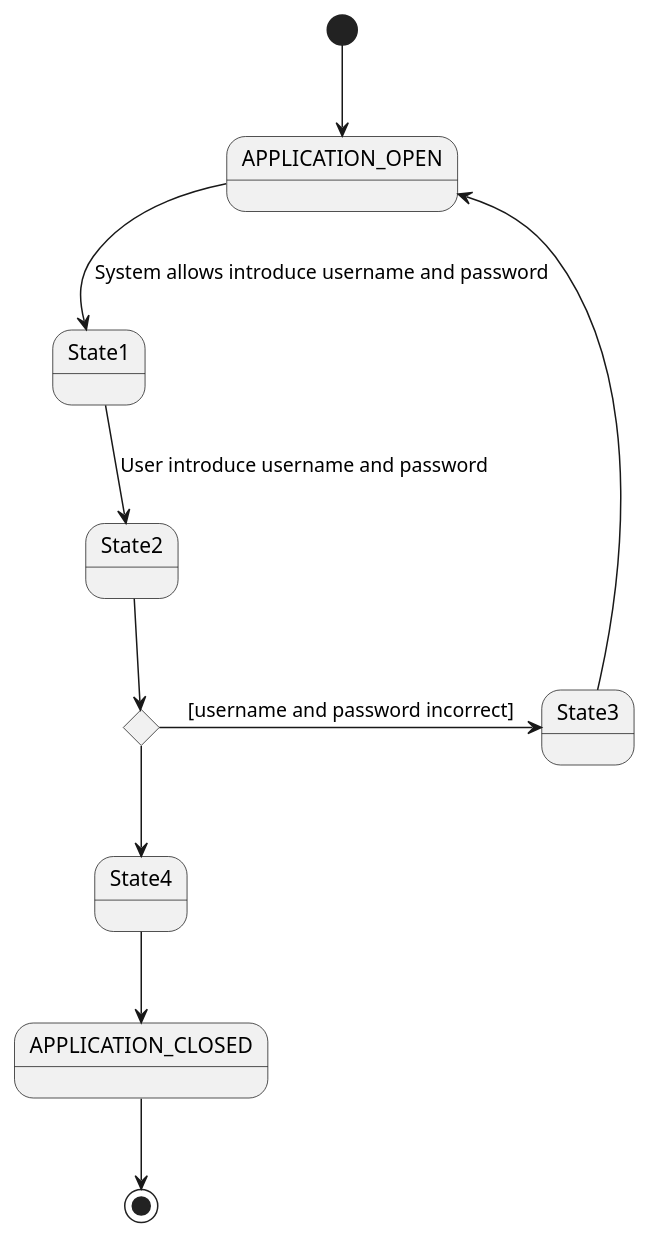
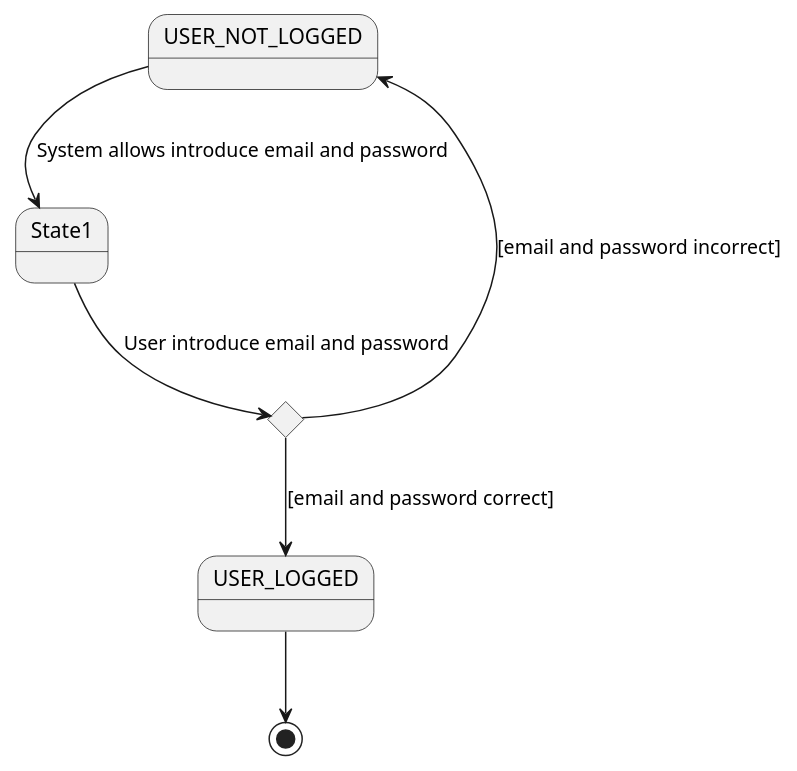
The fourth of 6 diagrams in index.adoc (nataliacasanova/analesdelaciencia), drawn with PlantUML before and after one commit. The commit also changed other lines of this file and 19 other files, not shown here.

```diff
--- a/index.adoc
+++ b/index.adoc
@@ -152,18 +164,15 @@
 [plantuml, loginUseCase, svg]
 ....
 
-[*] --> APPLICATION_OPEN
 
-APPLICATION_OPEN -down-> State1 : System allows introduce username and password
-State1 --> State2 : User introduce username and password
+USER_NOT_LOGGED -down-> State1 : System allows introduce email and password
 
 state c <<choice>>
 
-State2 --> c 
-c -right-> State3 : [username and password incorrect]
-State3 -up-> APPLICATION_OPEN
-c --> State4 
-State4 --> APPLICATION_CLOSED
-APPLICATION_CLOSED --> [*]
+State1 --> c : User introduce email and password
+c --> USER_NOT_LOGGED : [email and password incorrect]
+c --> USER_LOGGED : [email and password correct]
+
+USER_LOGGED --> [*]
 
 ....
```
